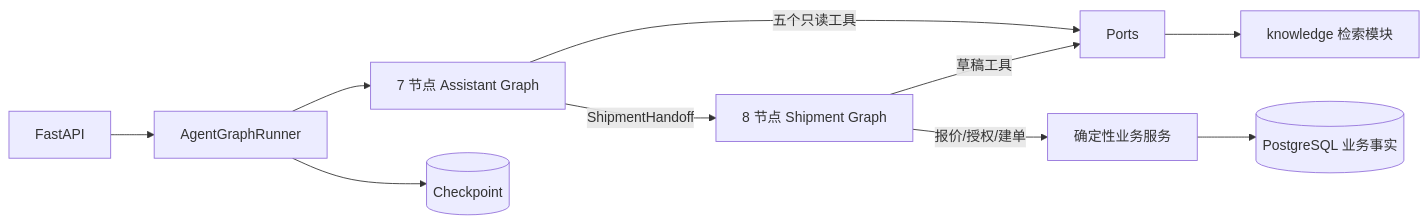
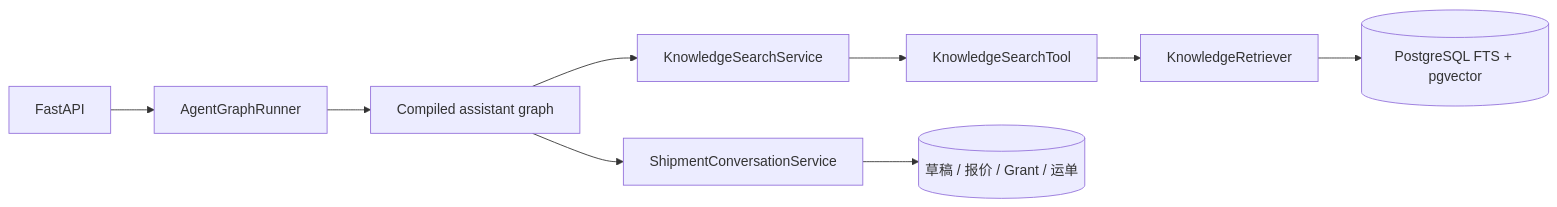
Before and after one commit to Youngshiqi/yitu: the diagram in docs/agent-rag-architecture.md, drawn with Mermaid. The commit also changed other lines of this file and 29 other files, not shown here.

````diff
--- a/docs/agent-rag-architecture.md
+++ b/docs/agent-rag-architecture.md
@@ -5,12 +5,11 @@
 ```mermaid
 flowchart LR
-    API[FastAPI] --> RT[AgentGraphRunner]
-    RT --> ROOT[7 节点 Assistant Graph]
-    ROOT -->|五个只读工具| PORTS[Ports]
-    ROOT -->|ShipmentHandoff| CHILD[8 节点 Shipment Graph]
-    CHILD -->|草稿工具| PORTS
-    CHILD -->|报价/授权/建单| DOMAIN[确定性业务服务]
-    PORTS --> KNOW[knowledge 检索模块]
-    RT --> CP[(Checkpoint)]
-    DOMAIN --> PG[(PostgreSQL 业务事实)]
+  API[FastAPI] --> R[AgentGraphRunner]
+  R --> G[Compiled assistant graph]
+  G --> K[KnowledgeSearchService]
+  K --> T[KnowledgeSearchTool]
+  T --> KR[KnowledgeRetriever]
+  KR --> DB[(PostgreSQL FTS + pgvector)]
+  G --> S[ShipmentConversationService]
+  S --> D[(草稿 / 报价 / Grant / 运单)]
 ```
````
